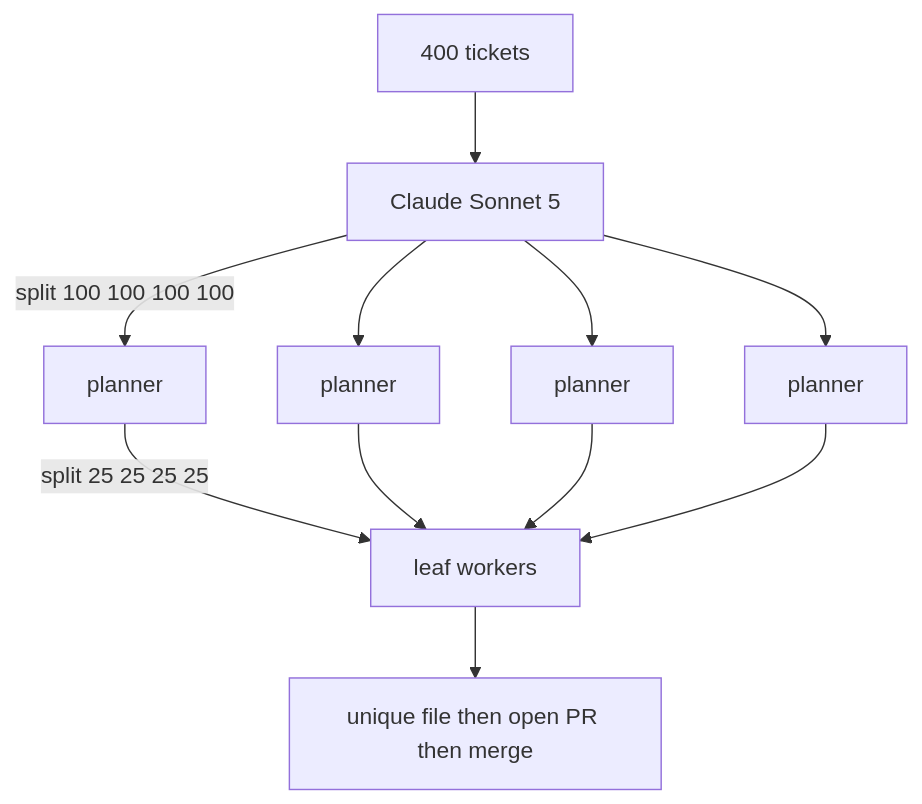
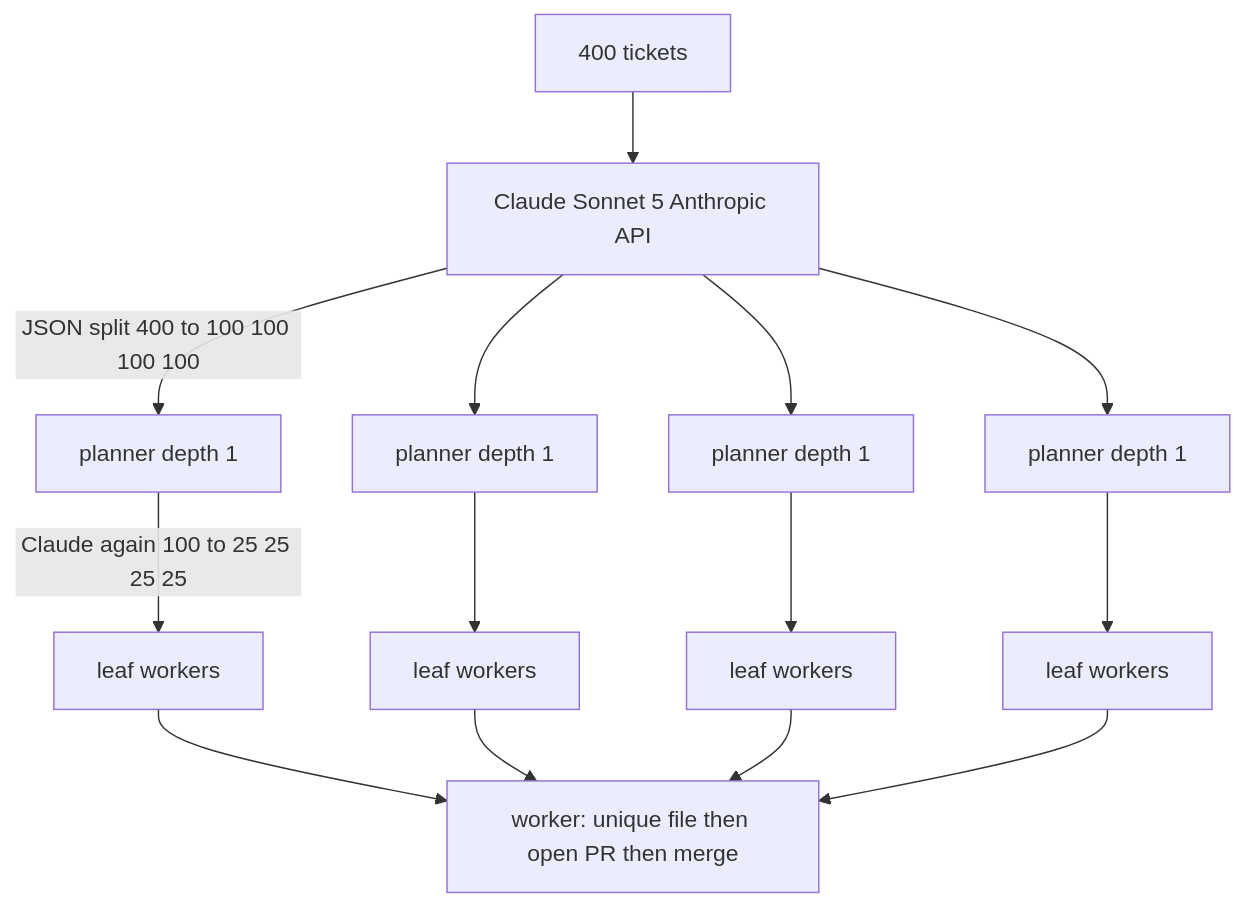
One commit to ranjan2829/Alpha-throttle-test changed the first of 2 diagrams in README.md. Above: the diagram before and after it, drawn with Mermaid. The commit also changed other lines of this file, not shown here.

Commit message:
Restore homepage Claude graph to the screenshot layout

````diff
--- a/README.md
+++ b/README.md
@@ -30,13 +30,16 @@
 ```mermaid
 flowchart TD
-  tickets[400 tickets] --> claude[Claude Sonnet 5]
-  claude -->|split 100 100 100 100| p1[planner]
-  claude --> p2[planner]
-  claude --> p3[planner]
-  claude --> p4[planner]
-  p1 -->|split 25 25 25 25| leaf[leaf workers]
-  p2 --> leaf
-  p3 --> leaf
-  p4 --> leaf
-  leaf --> work[unique file then open PR then merge]
+  T[400 tickets] --> C[Claude Sonnet 5 Anthropic API]
+  C -->|JSON split 400 to 100 100 100 100| P1[planner depth 1]
+  C --> P2[planner depth 1]
+  C --> P3[planner depth 1]
+  C --> P4[planner depth 1]
+  P1 -->|Claude again 100 to 25 25 25 25| L1[leaf workers]
+  P2 --> L2[leaf workers]
+  P3 --> L3[leaf workers]
+  P4 --> L4[leaf workers]
+  L1 --> W[worker: unique file then open PR then merge]
+  L2 --> W
+  L3 --> W
+  L4 --> W
 ```
````
